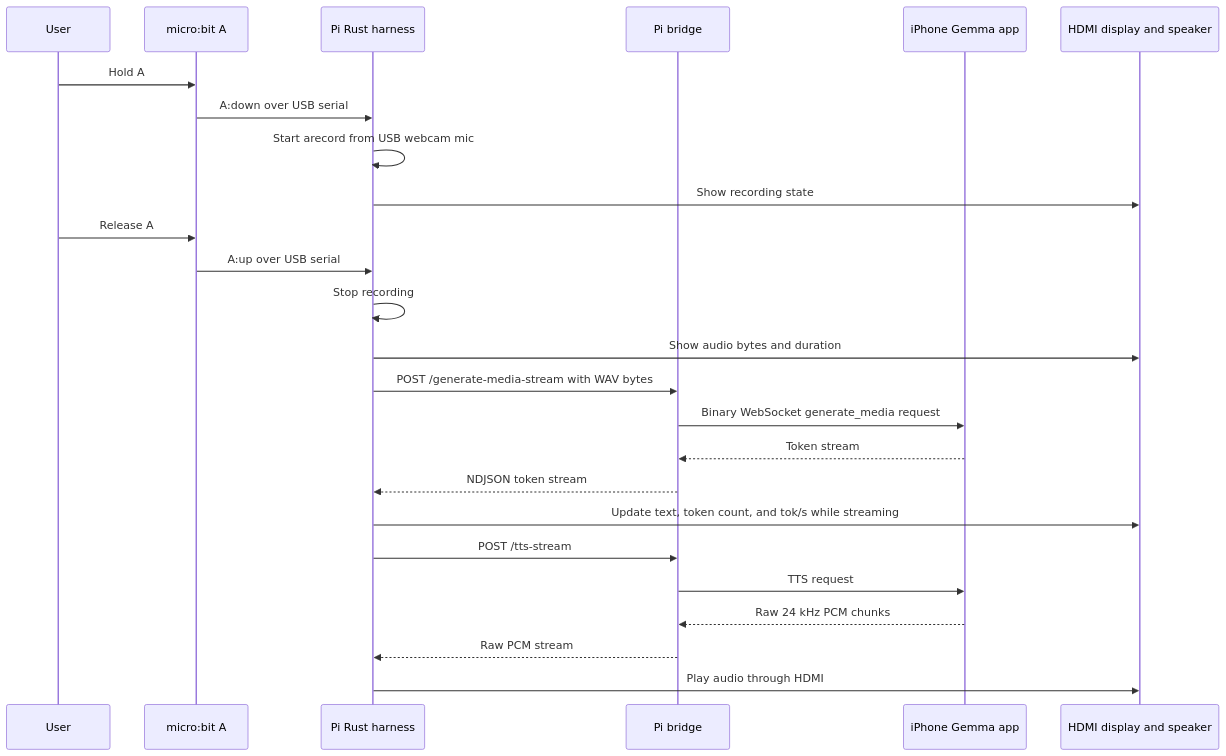
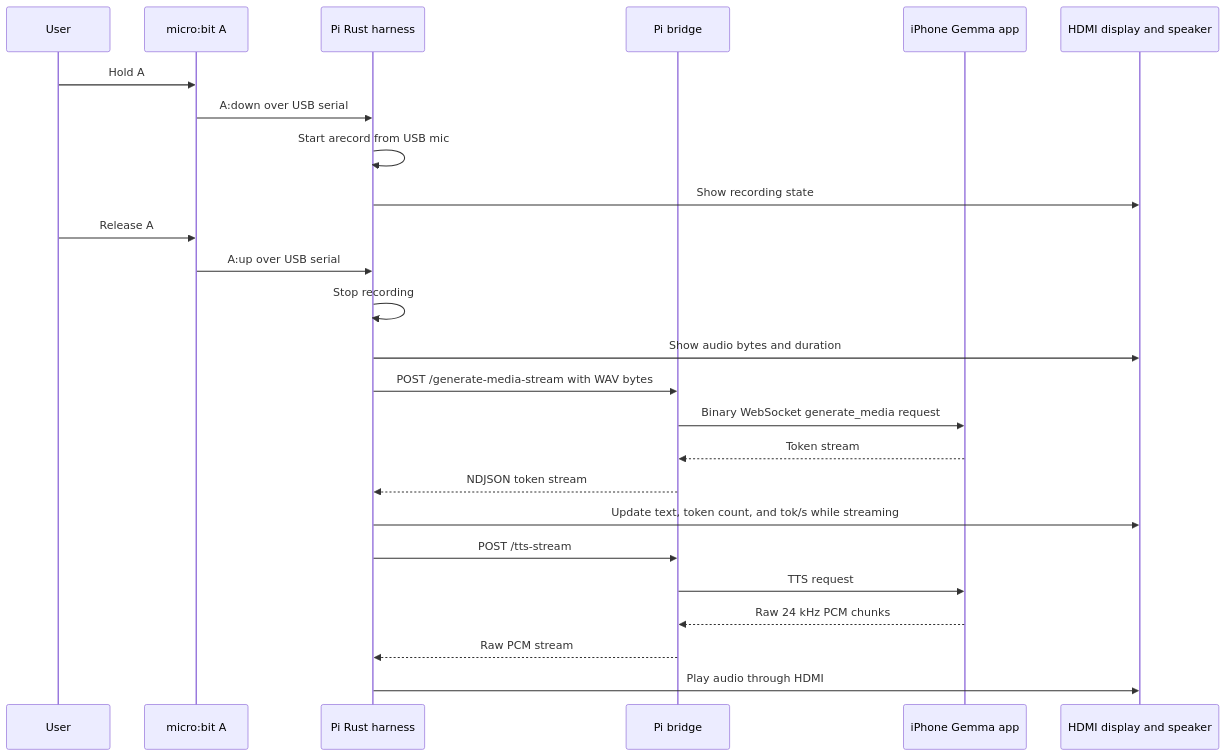
The second of 2 diagrams in README.md (max1vol/gemma4-robot), drawn with Mermaid before and after one commit. The commit also changed other lines of this file and 69 other files, not shown here.

Commit message:
Document Gemma4 omni robot architecture

````diff
--- a/README.md
+++ b/README.md
@@ -76,28 +103,28 @@
 ```mermaid
 sequenceDiagram
   participant User
   participant Microbit as micro:bit A
   participant Pi as Pi Rust harness
   participant Bridge as Pi bridge
   participant iPhone as iPhone Gemma app
   participant HDMI as HDMI display and speaker
 
   User->>Microbit: Hold A
   Microbit->>Pi: A:down over USB serial
-  Pi->>Pi: Start arecord from USB webcam mic
+  Pi->>Pi: Start arecord from USB mic
   Pi->>HDMI: Show recording state
   User->>Microbit: Release A
   Microbit->>Pi: A:up over USB serial
   Pi->>Pi: Stop recording
   Pi->>HDMI: Show audio bytes and duration
   Pi->>Bridge: POST /generate-media-stream with WAV bytes
   Bridge->>iPhone: Binary WebSocket generate_media request
   iPhone-->>Bridge: Token stream
   Bridge-->>Pi: NDJSON token stream
   Pi->>HDMI: Update text, token count, and tok/s while streaming
   Pi->>Bridge: POST /tts-stream
   Bridge->>iPhone: TTS request
   iPhone-->>Bridge: Raw 24 kHz PCM chunks
   Bridge-->>Pi: Raw PCM stream
   Pi->>HDMI: Play audio through HDMI
 ```
````
